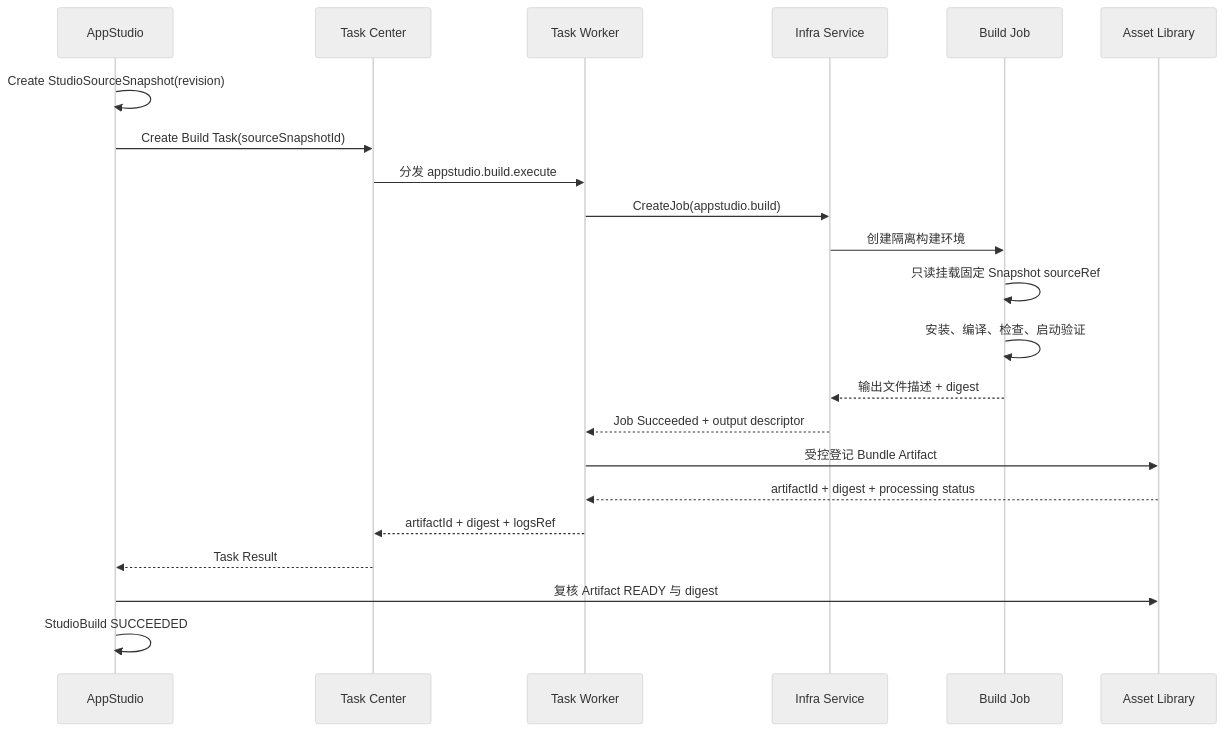
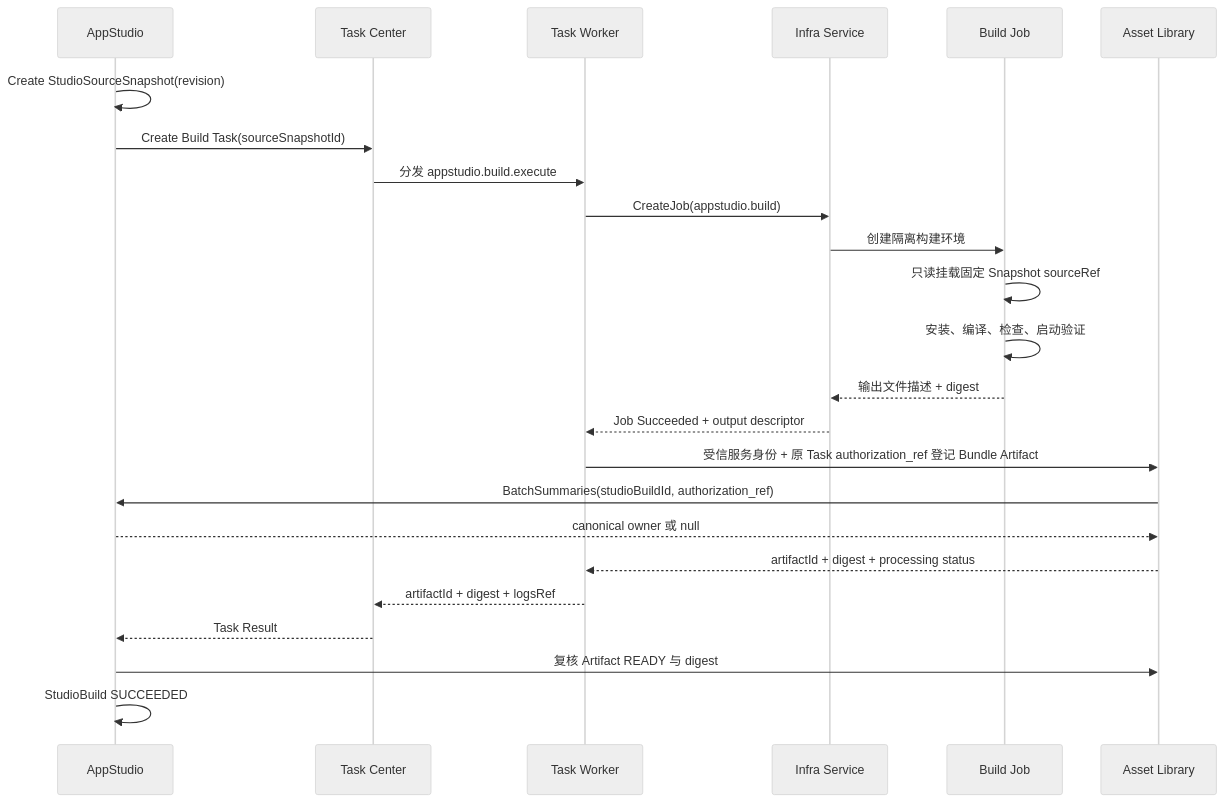
Before and after one commit to wangweihong/omnimam-spec: the sixth of 11 diagrams in 00_product/domains/appstudio/product-spec.md, drawn with Mermaid (neutral theme). The commit also changed other lines of this file and 14 other files, not shown here.

Commit message:
spec: unify StudioBuild artifact producer contract

````diff
--- a/00_product/domains/appstudio/product-spec.md
+++ b/00_product/domains/appstudio/product-spec.md
@@ -1368,26 +1372,28 @@
 ```mermaid
 sequenceDiagram
     participant ST as AppStudio
     participant TC as Task Center
     participant TW as Task Worker
     participant INFRA as Infra Service
     participant BJ as Build Job
     participant AL as Asset Library
 
     ST->>ST: Create StudioSourceSnapshot(revision)
 
     ST->>TC: Create Build Task(sourceSnapshotId)
     TC->>TW: 分发 appstudio.build.execute
     TW->>INFRA: CreateJob(appstudio.build)
     INFRA->>BJ: 创建隔离构建环境
     BJ->>BJ: 只读挂载固定 Snapshot sourceRef
     BJ->>BJ: 安装、编译、检查、启动验证
     BJ-->>INFRA: 输出文件描述 + digest
     INFRA-->>TW: Job Succeeded + output descriptor
-    TW->>AL: 受控登记 Bundle Artifact
+    TW->>AL: 受信服务身份 + 原 Task authorization_ref 登记 Bundle Artifact
+    AL->>ST: BatchSummaries(studioBuildId, authorization_ref)
+    ST-->>AL: canonical owner 或 null
     AL-->>TW: artifactId + digest + processing status
     TW-->>TC: artifactId + digest + logsRef
     TC-->>ST: Task Result
     ST->>AL: 复核 Artifact READY 与 digest
     ST->>ST: StudioBuild SUCCEEDED
 ```
````
